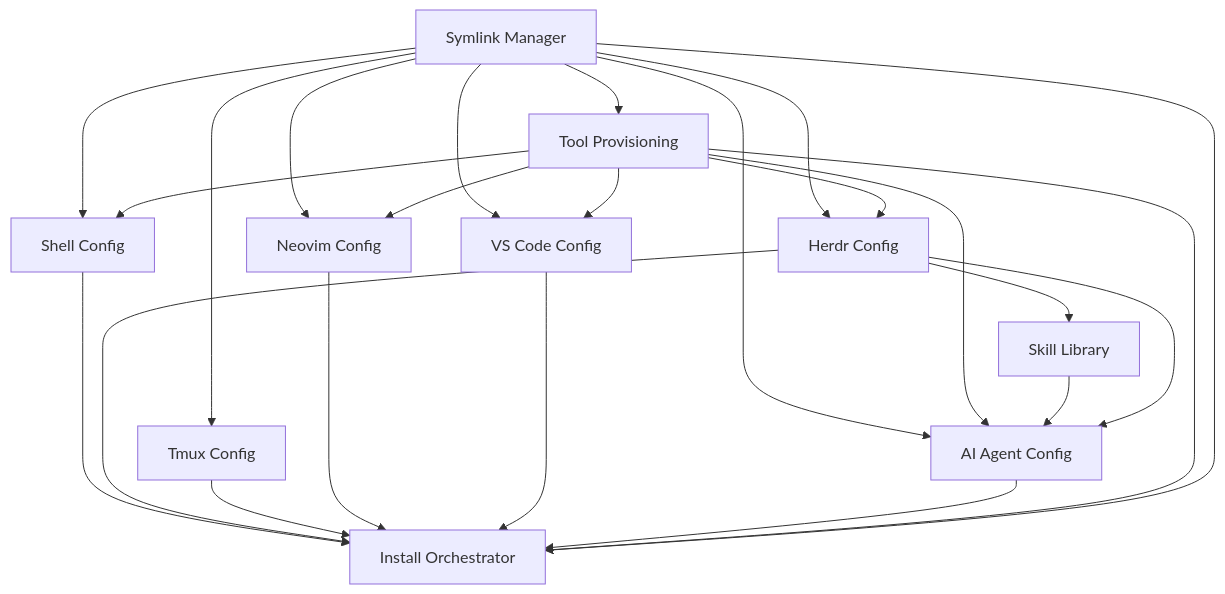
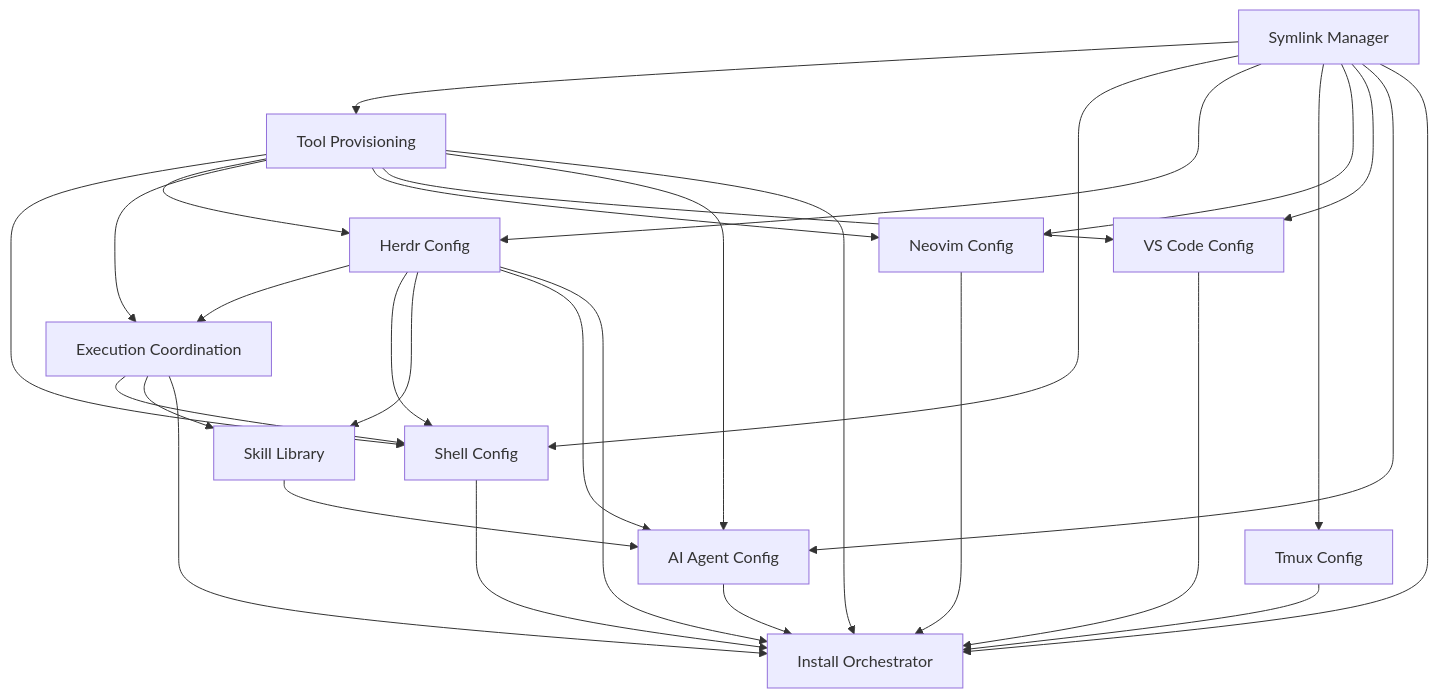
One commit to mtomcal/dotfiles changed the diagram in specs/README.md. Above: the diagram before and after it, drawn with Mermaid. The commit also changed other lines of this file and 8 other files, not shown here.

Commit message:
feat(specs): define Beads execution coordination

````diff
--- a/specs/README.md
+++ b/specs/README.md
@@ -71,26 +73,32 @@
 ```mermaid
 graph TD
     symlink[Symlink Manager] --> tool[Tool Provisioning]
     symlink --> shell[Shell Config]
     symlink --> herdr[Herdr Config]
     symlink --> tmux[Tmux Config]
     symlink --> nvim[Neovim Config]
     symlink --> vscode[VS Code Config]
     symlink --> ai[AI Agent Config]
     tool --> shell
     tool --> herdr
+    tool --> exec[Execution Coordination]
     tool --> nvim
     tool --> vscode
     tool --> ai
+    herdr --> exec
+    herdr --> shell
     herdr --> skill[Skill Library]
+    exec --> shell
+    exec --> skill
+    exec --> install[Install Orchestrator]
     skill --> ai
     herdr --> ai
-    shell --> install[Install Orchestrator]
+    shell --> install
     herdr --> install
     tmux --> install
     nvim --> install
     vscode --> install
     ai --> install
     tool --> install
     symlink --> install
 ```
````
